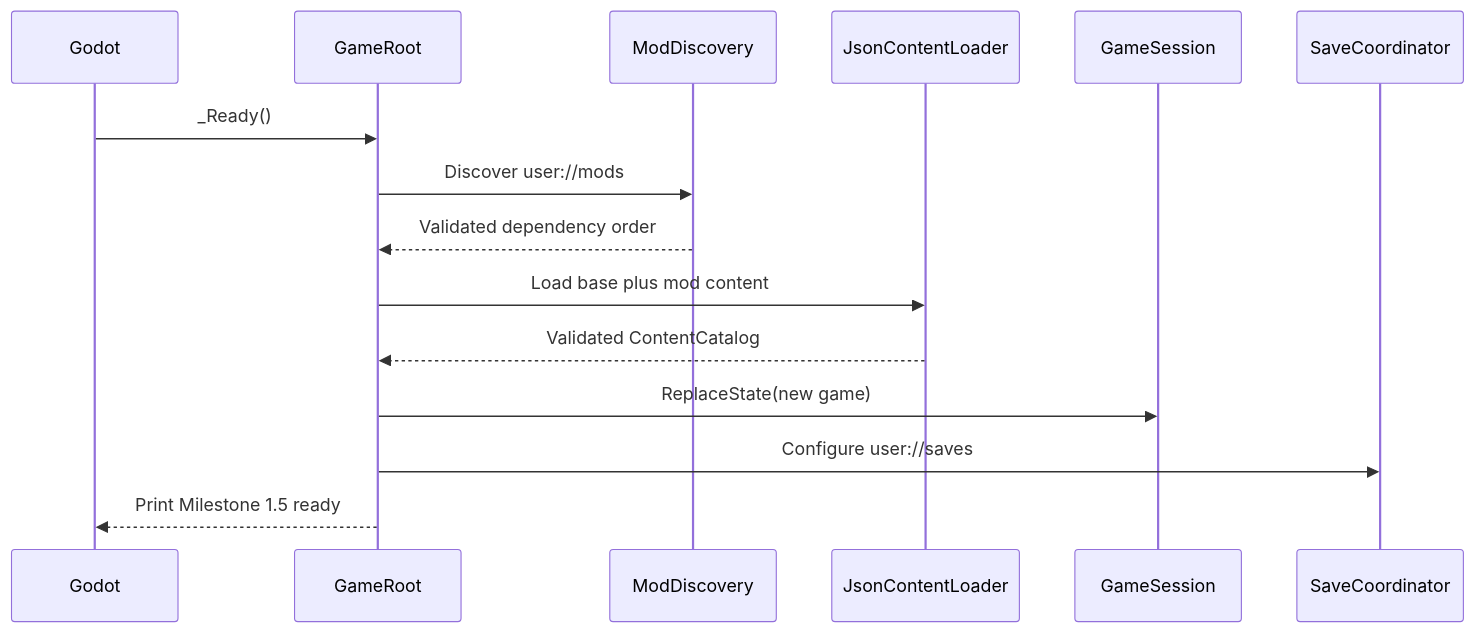
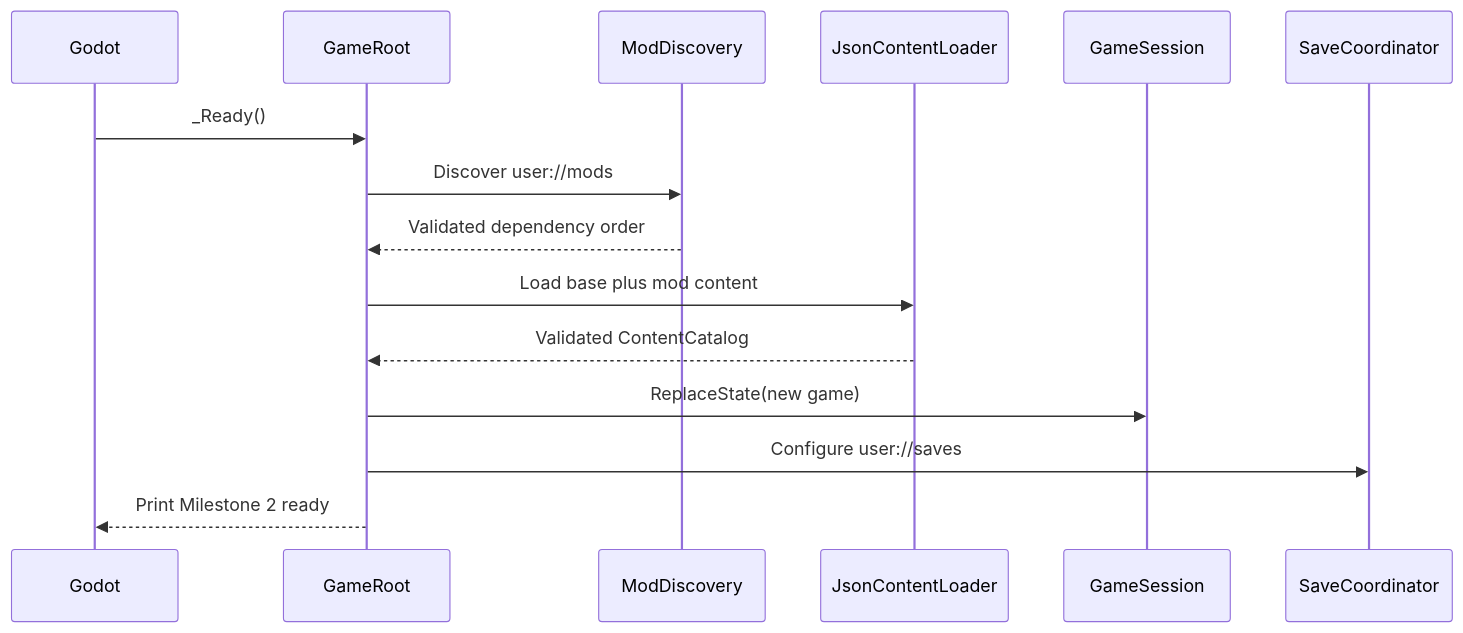
The diagram in MILESTONE_1_GUIDE.md (do00ode/Job-rpg-game), drawn with Mermaid before and after one commit. The commit also changed other lines of this file and 41 other files, not shown here.

````diff
--- a/MILESTONE_1_GUIDE.md
+++ b/MILESTONE_1_GUIDE.md
@@ -10,18 +10,18 @@
 ```mermaid
 sequenceDiagram
     participant Godot
     participant Root as GameRoot
     participant Mods as ModDiscovery
     participant Loader as JsonContentLoader
     participant Session as GameSession
     participant Saves as SaveCoordinator
 
     Godot->>Root: _Ready()
     Root->>Mods: Discover user://mods
     Mods-->>Root: Validated dependency order
     Root->>Loader: Load base plus mod content
     Loader-->>Root: Validated ContentCatalog
     Root->>Session: ReplaceState(new game)
     Root->>Saves: Configure user://saves
-    Root-->>Godot: Print Milestone 1.5 ready
+    Root-->>Godot: Print Milestone 2 ready
 ```
````
